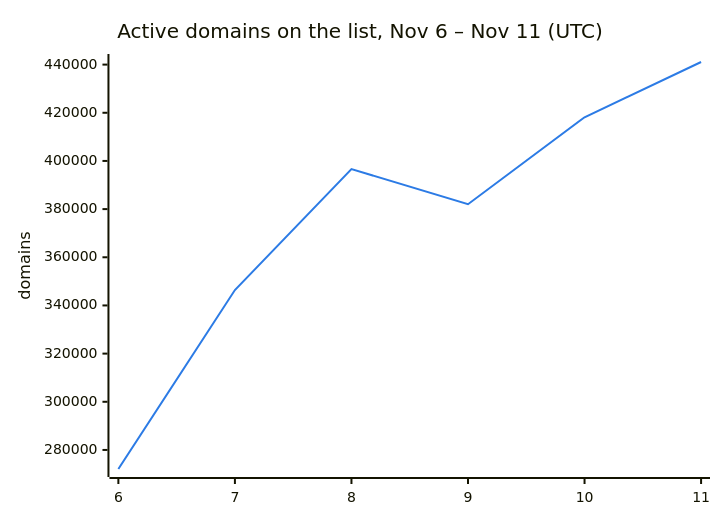
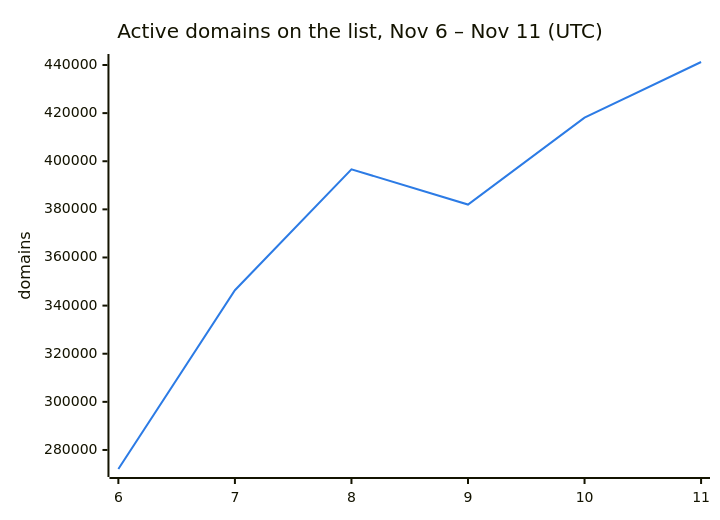
One commit to DNSBunker/CTI changed the second of 3 diagrams in README.md. Above: the diagram before and after it, drawn with Mermaid. The commit also changed other lines of this file and 3 other files, not shown here.

````diff
--- a/README.md
+++ b/README.md
@@ -38,8 +38,8 @@
 ```mermaid
 %%{init: {"themeVariables": {"xyChart": {"plotColorPalette": "#2c7be5"}}}}%%
 xychart-beta
     title "Active domains on the list, Nov 6 – Nov 11 (UTC)"
     x-axis ["6", "7", "8", "9", "10", "11"]
     y-axis "domains"
-    line [272088, 346388, 396638, 382009, 418143, 441080]
+    line [272088, 346388, 396638, 382009, 418143, 441247]
 ```
````
